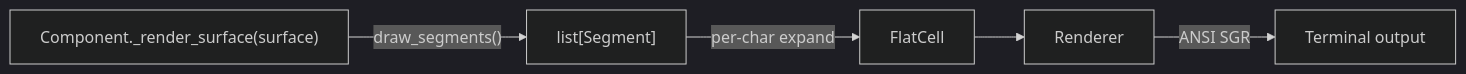
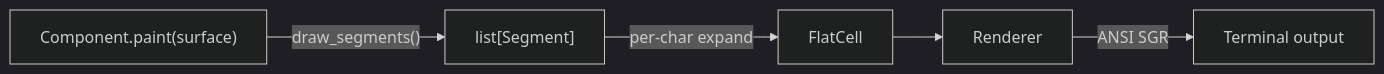
One commit to zlj-zz/pigit changed the third of 3 diagrams in pigit/termui/DEVELOPMENT.md. Above: the diagram before and after it, drawn with Mermaid (dark theme). The commit also changed other lines of this file and 66 other files, not shown here.

First line of the commit message:
refactor(termui): rename component draw hook to paint

````diff
--- a/pigit/termui/DEVELOPMENT.md
+++ b/pigit/termui/DEVELOPMENT.md
@@ -68,13 +68,13 @@
 ```mermaid
 flowchart LR
-    C["Component._render_surface(surface)"]
+    C["Component.paint(surface)"]
     Seg["list[Segment]"]
     F["FlatCell"]
     R["Renderer"]
     T["Terminal output"]
 
     C -->|"draw_segments()"| Seg
     Seg -->|"per-char expand"| F
     F --> R
     R -->|"ANSI SGR"| T
 ```
````
